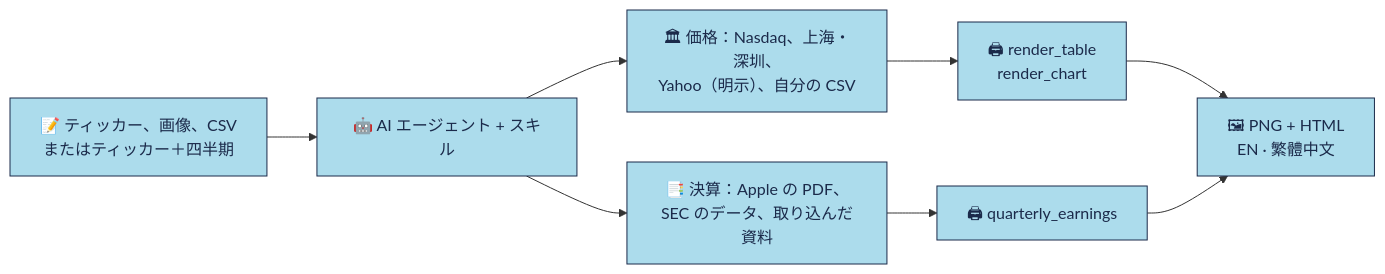
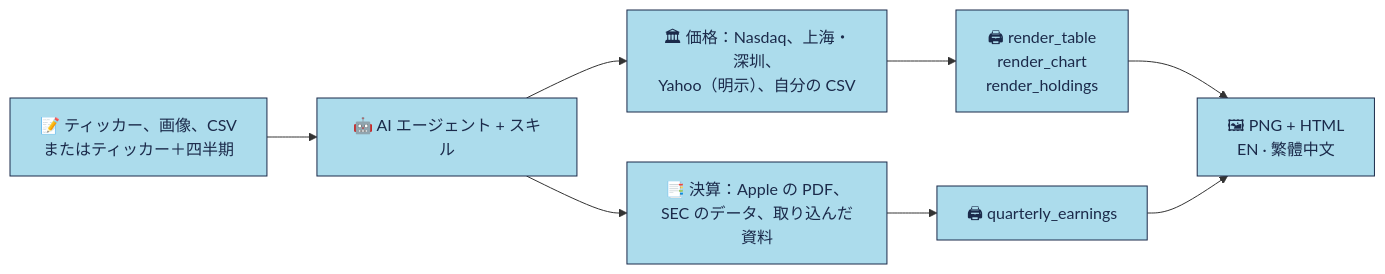
One commit to imoneys10k/schwab-table changed the diagram in README.ja.md. Above: the diagram before and after it, drawn with Mermaid. The commit also changed other lines of this file and 28 other files, not shown here.

First line of the commit message:
Add ETF top-holdings chart: issuer-file fetcher, swap-aware top-N renderer, tests, docs

````diff
--- a/README.ja.md
+++ b/README.ja.md
@@ -39,12 +40,12 @@
 ```mermaid
 flowchart LR
   A["📝 ティッカー、画像、CSV<br/>またはティッカー＋四半期"] --> B["🤖 AI エージェント + スキル"]
   B --> C["🏛 価格：Nasdaq、上海・深圳、<br/>Yahoo（明示）、自分の CSV"]
   B --> F["📑 決算：Apple の PDF、<br/>SEC のデータ、取り込んだ資料"]
-  C --> D["🖨 render_table<br/>render_chart"]
+  C --> D["🖨 render_table<br/>render_chart<br/>render_holdings"]
   F --> G["🖨 quarterly_earnings"]
   D --> E["🖼 PNG + HTML<br/>EN · 繁體中文"]
   G --> E
   classDef n fill:#ACDCEC,stroke:#1B2A4A,color:#1B2A4A,stroke-width:1px;
   class A,B,C,D,E,F,G n;
 ```
````
